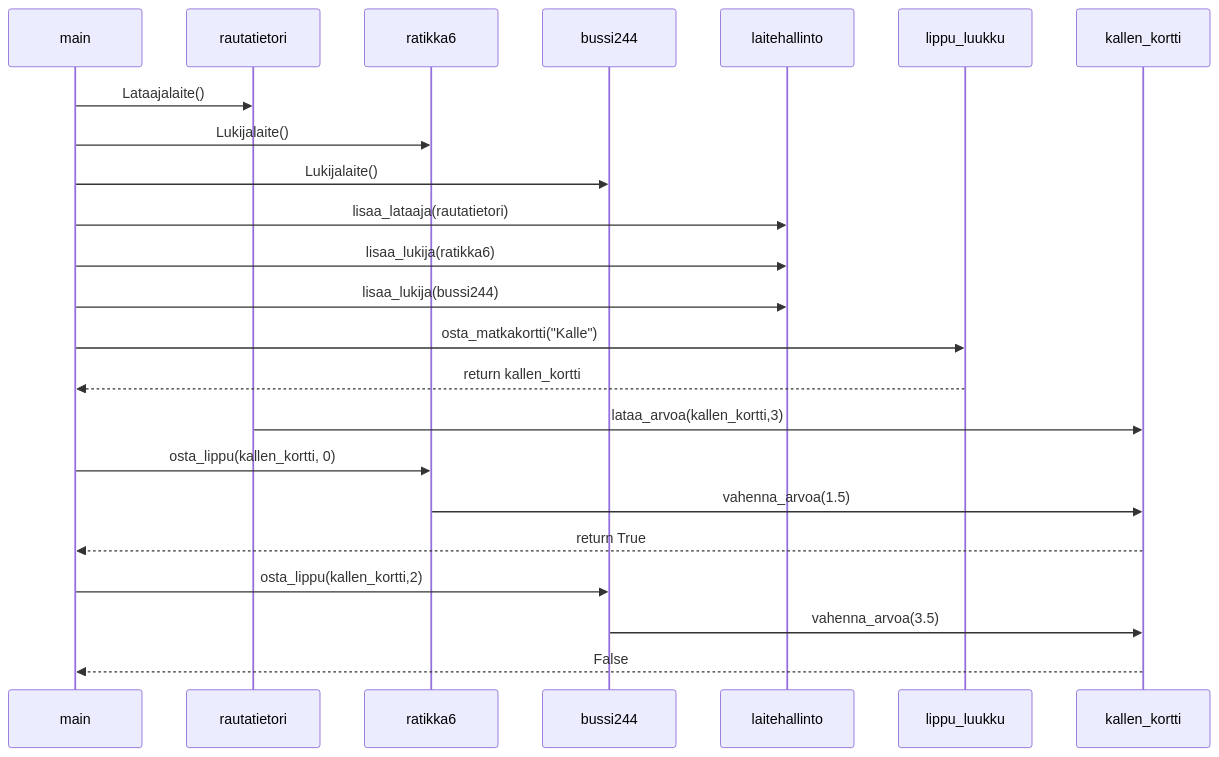
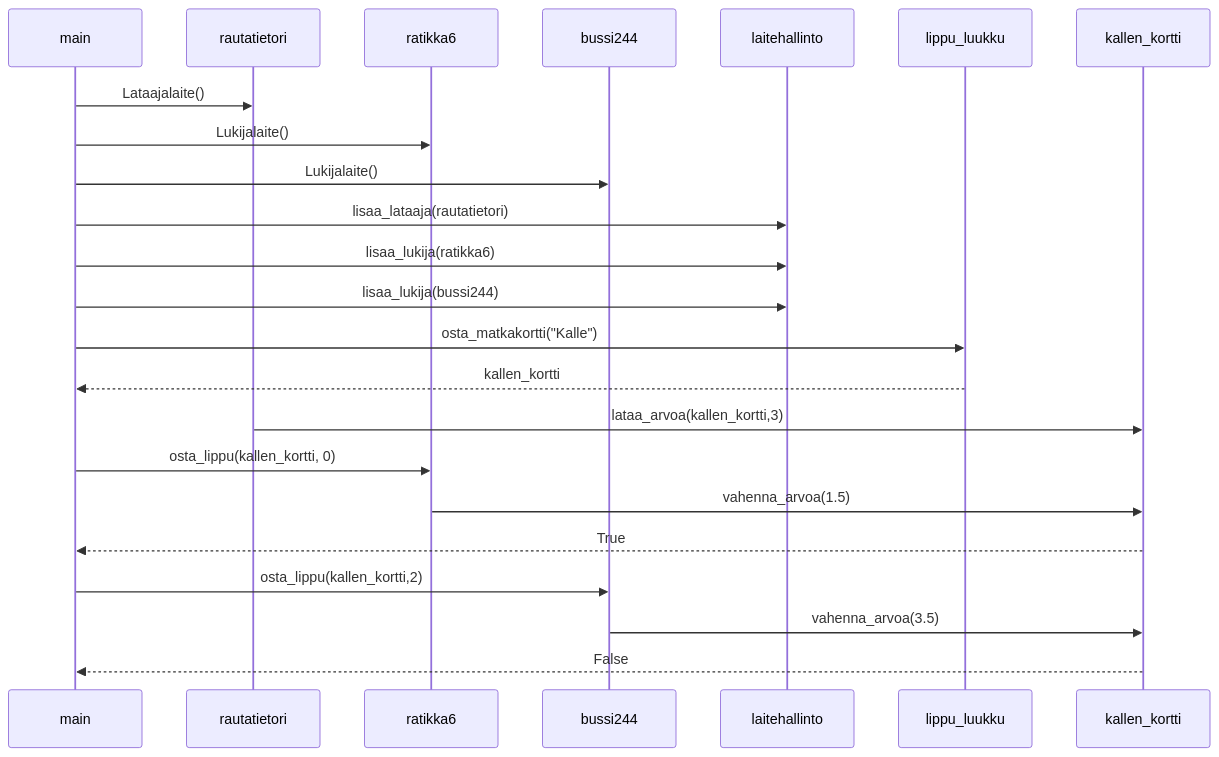
Before and after one commit to ah-pasila/ot-running-calendar: the diagram in laskarit/viikko3/hsl.md, drawn with Mermaid.

Commit message:
Luonnos5 sekvenssikaaviosta

````diff
--- a/laskarit/viikko3/hsl.md
+++ b/laskarit/viikko3/hsl.md
@@ -3,18 +3,18 @@
 ```mermaid
 sequenceDiagram
     main->>rautatietori: Lataajalaite()
     main->>ratikka6: Lukijalaite()
     main->>bussi244: Lukijalaite()
     main->>laitehallinto: lisaa_lataaja(rautatietori)
     main->>laitehallinto: lisaa_lukija(ratikka6)
     main->>laitehallinto: lisaa_lukija(bussi244)
     main->>lippu_luukku: osta_matkakortti("Kalle")
-    lippu_luukku-->>main: return kallen_kortti 
+    lippu_luukku-->>main: kallen_kortti 
     rautatietori->>kallen_kortti: lataa_arvoa(kallen_kortti,3)
     main->>ratikka6: osta_lippu(kallen_kortti, 0)
     ratikka6->>kallen_kortti: vahenna_arvoa(1.5)
-    kallen_kortti-->>main: return True
+    kallen_kortti-->>main: True
     main->>bussi244: osta_lippu(kallen_kortti,2)
     bussi244->>kallen_kortti: vahenna_arvoa(3.5)
     kallen_kortti-->>main: False
 ```
````
